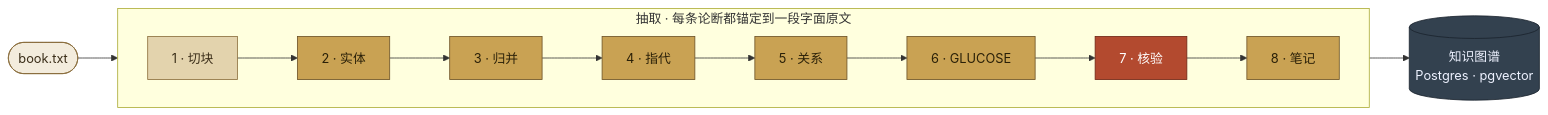
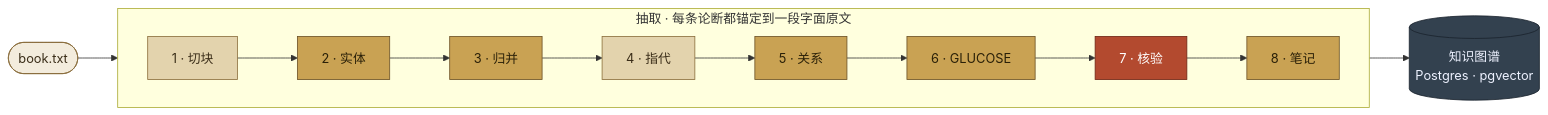
The first of 2 diagrams in README.zh-CN.md (YunyueLi/LoreGraph), drawn with Mermaid before and after one commit. The commit also changed other lines of this file and 17 other files, not shown here.

````diff
--- a/README.zh-CN.md
+++ b/README.zh-CN.md
@@ -23,25 +23,25 @@
 ```mermaid
 flowchart LR
     SRC([book.txt]):::io
     subgraph EXTRACT["抽取 · 每条论断都锚定到一段字面原文"]
         direction LR
         P1["1 · 切块"]:::det
         P2["2 · 实体"]:::llm
         P3["3 · 归并"]:::llm
-        P4["4 · 指代"]:::llm
+        P4["4 · 指代"]:::det
         P5["5 · 关系"]:::llm
         P6["6 · GLUCOSE"]:::llm
         P7["7 · 核验"]:::gate
         P8["8 · 笔记"]:::llm
         P1 --> P2 --> P3 --> P4 --> P5 --> P6 --> P7 --> P8
     end
     GRAPH[("知识图谱<br/>Postgres · pgvector")]:::store
     SRC --> P1
     P8 --> GRAPH
 
     classDef io fill:#f3ecdd,stroke:#8a6d3b,color:#3a2d18
     classDef det fill:#e3d3ad,stroke:#8a6d3b,color:#3a2d18
     classDef llm fill:#c9a253,stroke:#6b5126,color:#2a2008
     classDef gate fill:#b34a2f,stroke:#6e2616,color:#ffffff
     classDef store fill:#33414f,stroke:#1a232c,color:#eef2ff
 ```
````
